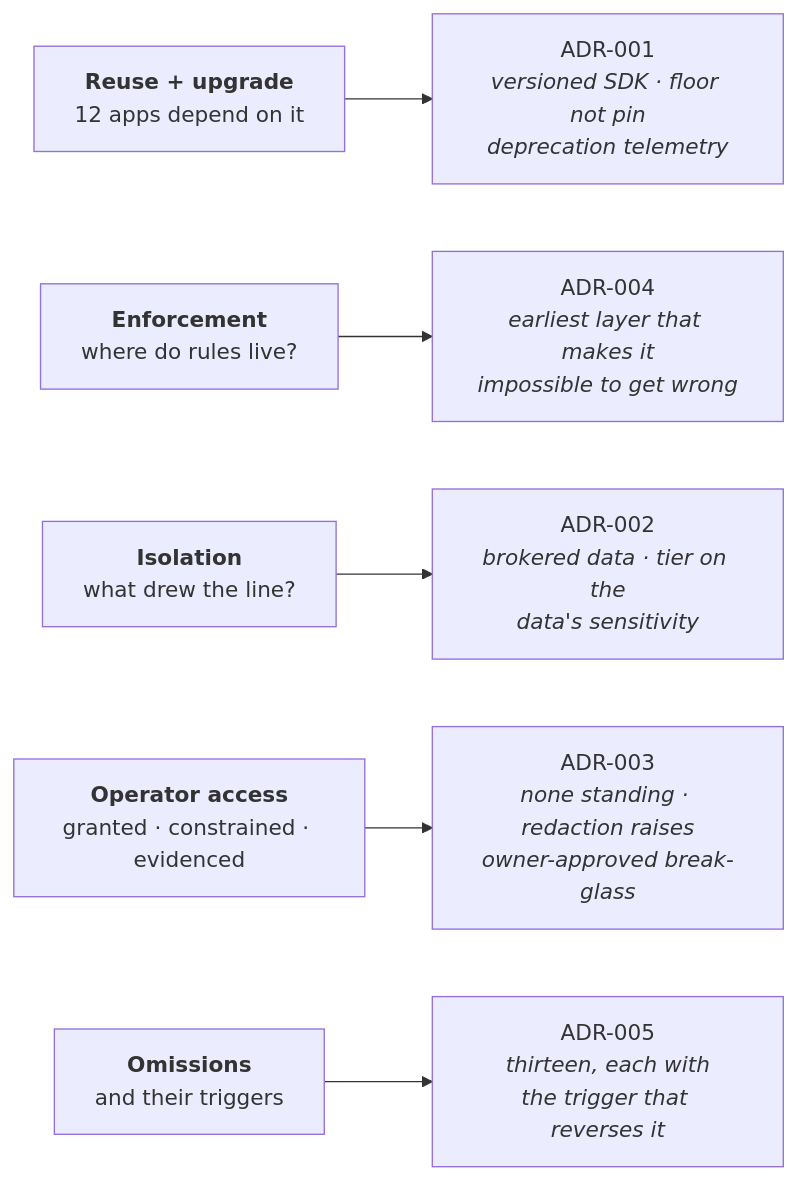
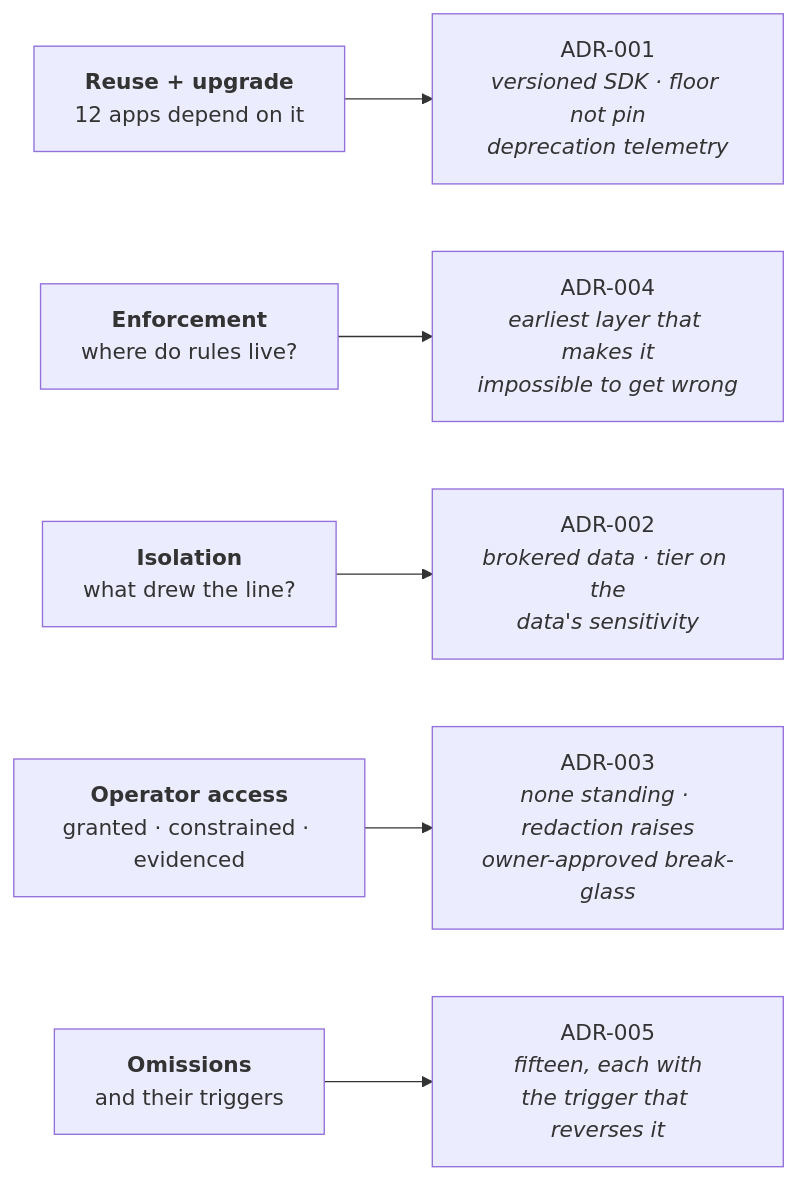
Before and after one commit to KRISHNABR/insights-platform: the second of 2 diagrams in docs/BRIEF-COVERAGE.md, drawn with Mermaid. The commit also changed other lines of this file and 24 other files, not shown here.

````diff
--- a/docs/BRIEF-COVERAGE.md
+++ b/docs/BRIEF-COVERAGE.md
@@ -176,8 +176,8 @@
 ```mermaid
 flowchart LR
   Q1["<b>Reuse + upgrade</b><br/>12 apps depend on it"] --> A1["ADR-001<br/><i>versioned SDK · floor not pin<br/>deprecation telemetry</i>"]
   Q2["<b>Enforcement</b><br/>where do rules live?"] --> A4["ADR-004<br/><i>earliest layer that makes it<br/>impossible to get wrong</i>"]
   Q3["<b>Isolation</b><br/>what drew the line?"] --> A2["ADR-002<br/><i>brokered data · tier on the<br/>data's sensitivity</i>"]
   Q4["<b>Operator access</b><br/>granted · constrained · evidenced"] --> A3["ADR-003<br/><i>none standing · redaction raises<br/>owner-approved break-glass</i>"]
-  Q5["<b>Omissions</b><br/>and their triggers"] --> A5["ADR-005<br/><i>thirteen, each with<br/>the trigger that reverses it</i>"]
+  Q5["<b>Omissions</b><br/>and their triggers"] --> A5["ADR-005<br/><i>fifteen, each with<br/>the trigger that reverses it</i>"]
 ```
````
